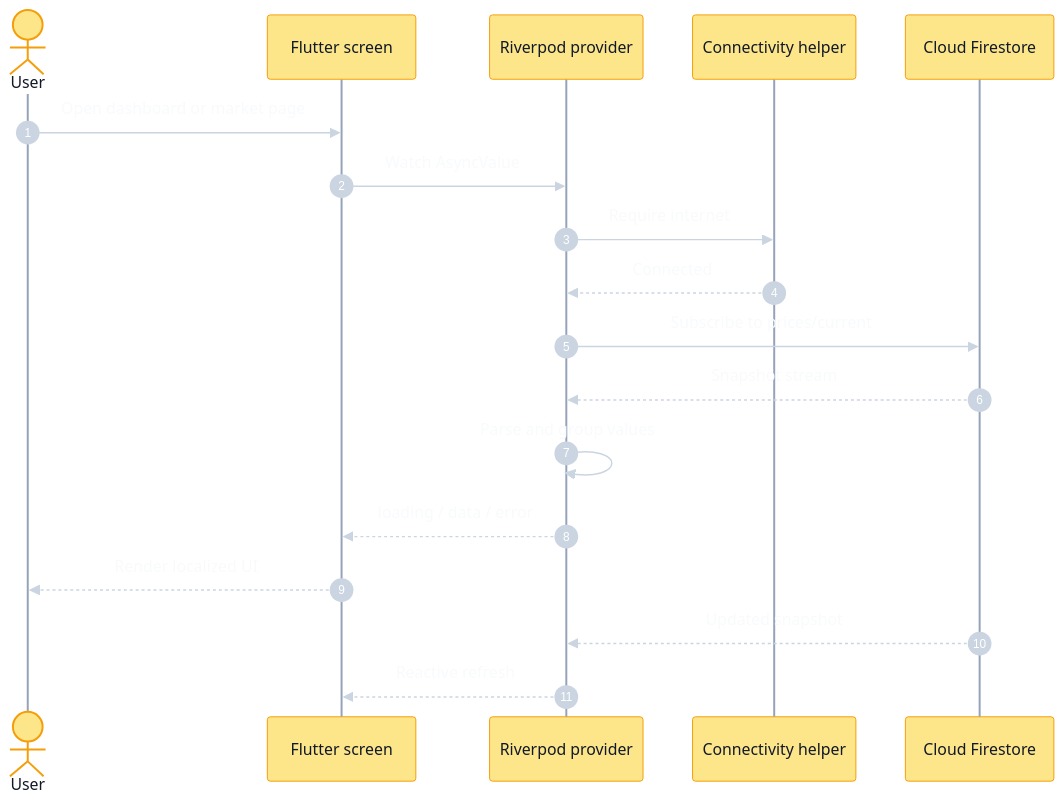
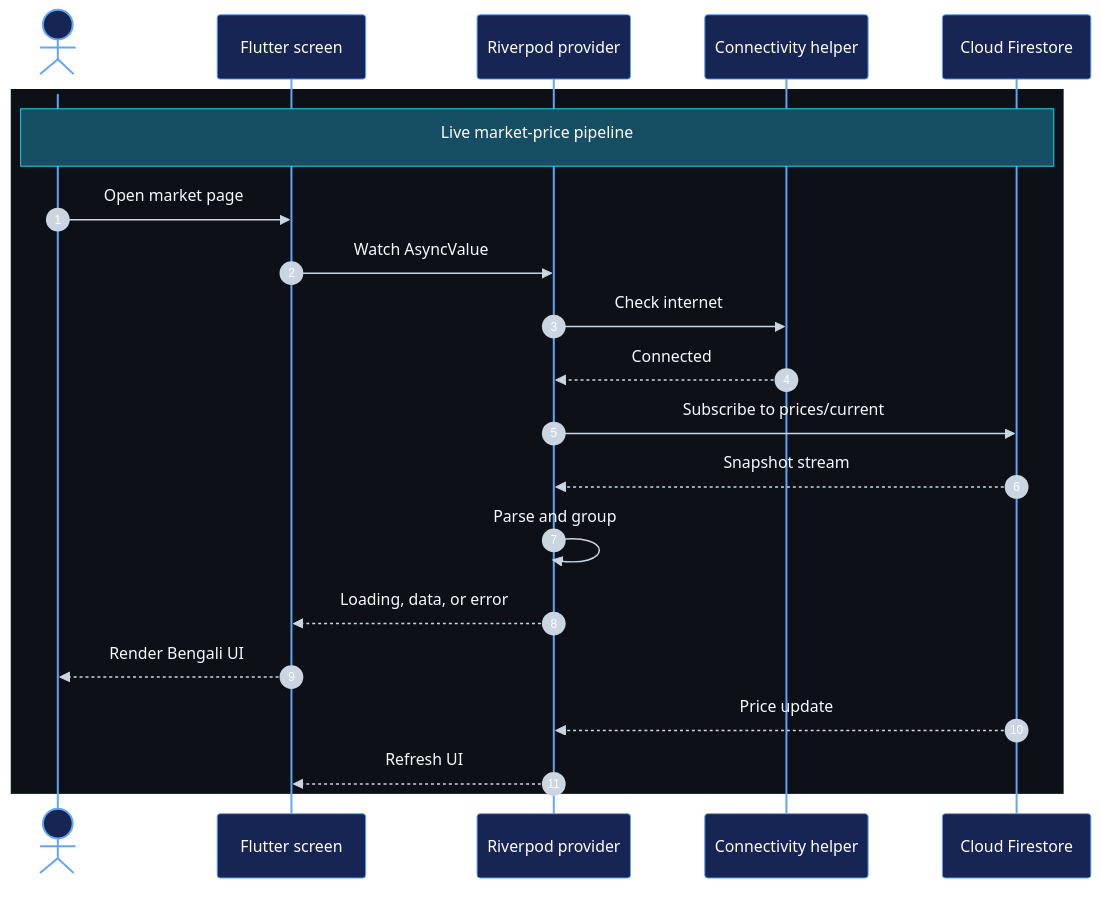
The second of 8 diagrams in README.md (Rihabz1/Swarnakar), drawn with Mermaid before and after one commit. The commit also changed other lines of this file and 32 other files, not shown here.

```diff
--- a/README.md
+++ b/README.md
@@ -159,22 +169,25 @@
 ~~~mermaid
-%%{init: {"theme":"base","themeVariables":{"darkMode":true,"background":"#0D1117","fontSize":"18px","fontFamily":"Arial","textColor":"#F8FAFC","primaryColor":"#DBEAFE","primaryTextColor":"#111827","primaryBorderColor":"#60A5FA","secondaryTextColor":"#F8FAFC","tertiaryTextColor":"#F8FAFC","lineColor":"#CBD5E1","actorBkg":"#FDE68A","actorBorder":"#F59E0B","actorTextColor":"#111827","actorLineColor":"#94A3B8","signalColor":"#CBD5E1","signalTextColor":"#F8FAFC","labelBoxBkgColor":"#DCFCE7","labelBoxBorderColor":"#22C55E","labelTextColor":"#111827","loopTextColor":"#F8FAFC","noteBkgColor":"#FEF3C7","noteBorderColor":"#F59E0B","noteTextColor":"#111827","activationBkgColor":"#DBEAFE","activationBorderColor":"#60A5FA","sequenceNumberColor":"#FFFFFF","titleColor":"#F8FAFC"}}}%%
+%%{init: {"theme":"base","sequence":{"diagramMarginX":45,"diagramMarginY":25,"actorMargin":75,"messageMargin":48,"noteMargin":18},"themeVariables":{"background":"#0D1117","fontSize":"20px","fontFamily":"Arial","textColor":"#F8FAFC","primaryTextColor":"#F8FAFC","secondaryTextColor":"#F8FAFC","tertiaryTextColor":"#F8FAFC","lineColor":"#94A3B8","actorBkg":"#172554","actorBorder":"#60A5FA","actorTextColor":"#FFFFFF","actorLineColor":"#60A5FA","signalColor":"#CBD5E1","signalTextColor":"#F8FAFC","labelBoxBkgColor":"#4C1D5F","labelBoxBorderColor":"#C084FC","labelTextColor":"#FFFFFF","loopTextColor":"#FFFFFF","noteBkgColor":"#164E63","noteBorderColor":"#22D3EE","noteTextColor":"#FFFFFF","activationBkgColor":"#14532D","activationBorderColor":"#4ADE80","sequenceNumberColor":"#FFFFFF"}}}%%
 sequenceDiagram
     autonumber
     actor User
     participant Screen as Flutter screen
     participant Provider as Riverpod provider
     participant Network as Connectivity helper
     participant DB as Cloud Firestore
 
-    User->>Screen: Open dashboard or market page
-    Screen->>Provider: Watch AsyncValue
-    Provider->>Network: Require internet
-    Network-->>Provider: Connected
-    Provider->>DB: Subscribe to prices/current
-    DB-->>Provider: Snapshot stream
-    Provider->>Provider: Parse and group values
-    Provider-->>Screen: loading / data / error
-    Screen-->>User: Render localized UI
-    DB-->>Provider: Updated snapshot
-    Provider-->>Screen: Reactive refresh
+    rect rgb(13, 17, 23)
+        Note over User,DB: Live market-price pipeline
+        User->>Screen: Open market page
+        Screen->>Provider: Watch AsyncValue
+        Provider->>Network: Check internet
+        Network-->>Provider: Connected
+        Provider->>DB: Subscribe to prices/current
+        DB-->>Provider: Snapshot stream
+        Provider->>Provider: Parse and group
+        Provider-->>Screen: Loading, data, or error
+        Screen-->>User: Render Bengali UI
+        DB-->>Provider: Price update
+        Provider-->>Screen: Refresh UI
+    end
 ~~~
```
